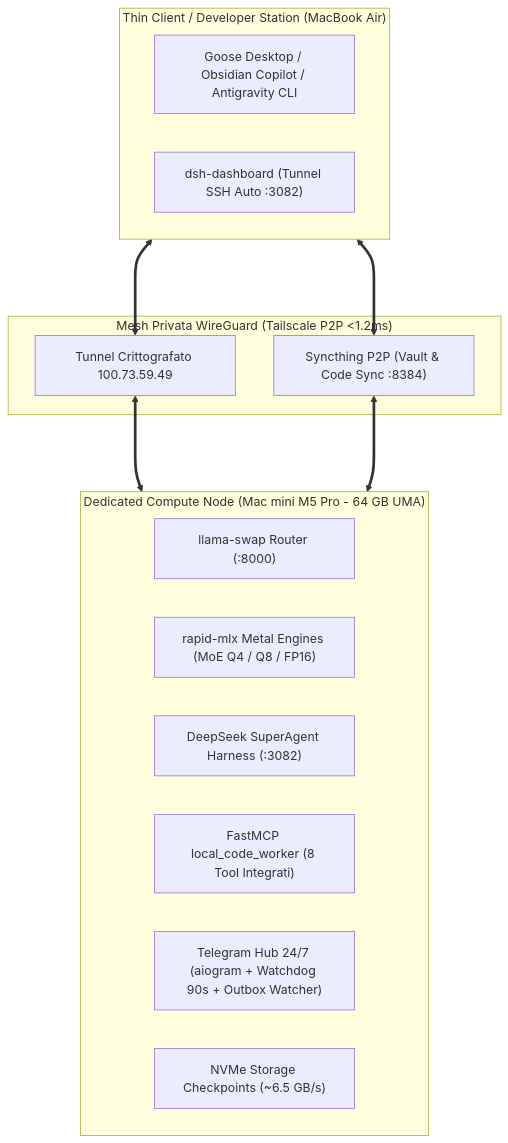
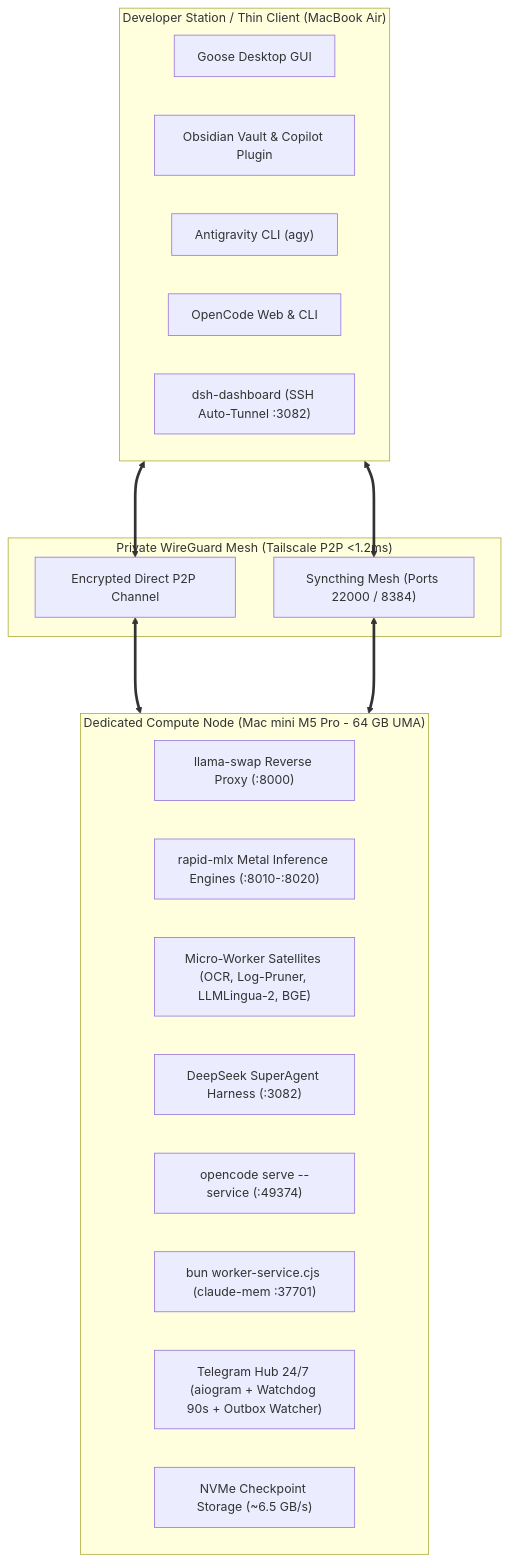
One commit to fabiomalagutti27-droid/apple-silicon-ai-workstation changed the diagram in README.md. Above: the diagram before and after it, drawn with Mermaid. The commit also changed other lines of this file and 17 other files, not shown here.

Commit message:
feat(workstation): add sanitized core engines, micro-servers, and portable templates

````diff
--- a/README.md
+++ b/README.md
@@ -19,24 +32,29 @@
 ```mermaid
 flowchart TB
-    subgraph Client["Thin Client / Developer Station (MacBook Air)"]
-        UI["Goose Desktop / Obsidian Copilot / Antigravity CLI"]
-        SSH_Tun["dsh-dashboard (Tunnel SSH Auto :3082)"]
+    subgraph Client["Developer Station / Thin Client (MacBook Air)"]
+        UI_Goose["Goose Desktop GUI"]
+        UI_Obsidian["Obsidian Vault & Copilot Plugin"]
+        CLI_AGY["Antigravity CLI (agy)"]
+        CLI_OpenCode["OpenCode Web & CLI"]
+        SSH_Tun["dsh-dashboard (SSH Auto-Tunnel :3082)"]
     end
 
-    subgraph Mesh["Mesh Privata WireGuard (Tailscale P2P <1.2ms)"]
-        Direct["Tunnel Crittografato 100.73.59.49"]
-        Sync["Syncthing P2P (Vault & Code Sync :8384)"]
+    subgraph Mesh["Private WireGuard Mesh (Tailscale P2P <1.2ms)"]
+        Tunnel["Encrypted Direct P2P Channel"]
+        SyncMesh["Syncthing Mesh (Ports 22000 / 8384)"]
     end
 
     subgraph Host["Dedicated Compute Node (Mac mini M5 Pro - 64 GB UMA)"]
-        Router["llama-swap Router (:8000)"]
-        Engines["rapid-mlx Metal Engines (MoE Q4 / Q8 / FP16)"]
-        DSH["DeepSeek SuperAgent Harness (:3082)"]
-        MCP["FastMCP local_code_worker (8 Tool Integrati)"]
-        TG["Telegram Hub 24/7 (aiogram + Watchdog 90s + Outbox Watcher)"]
-        Storage["NVMe Storage Checkpoints (~6.5 GB/s)"]
+        Gateway["llama-swap Reverse Proxy (:8000)"]
+        RapidMLX["rapid-mlx Metal Inference Engines (:8010-:8020)"]
+        Satellites["Micro-Worker Satellites (OCR, Log-Pruner, LLMLingua-2, BGE)"]
+        DSH_Daemon["DeepSeek SuperAgent Harness (:3082)"]
+        OpenCodeDaemon["opencode serve --service (:49374)"]
+        ClaudeMem["bun worker-service.cjs (claude-mem :37701)"]
+        TG_Hub["Telegram Hub 24/7 (aiogram + Watchdog 90s + Outbox Watcher)"]
+        Storage["NVMe Checkpoint Storage (~6.5 GB/s)"]
     end
 
-    Client <===> Direct <===> Host
-    Client <===> Sync <===> Host
+    Client <===> Tunnel <===> Host
+    Client <===> SyncMesh <===> Host
 ```
````
